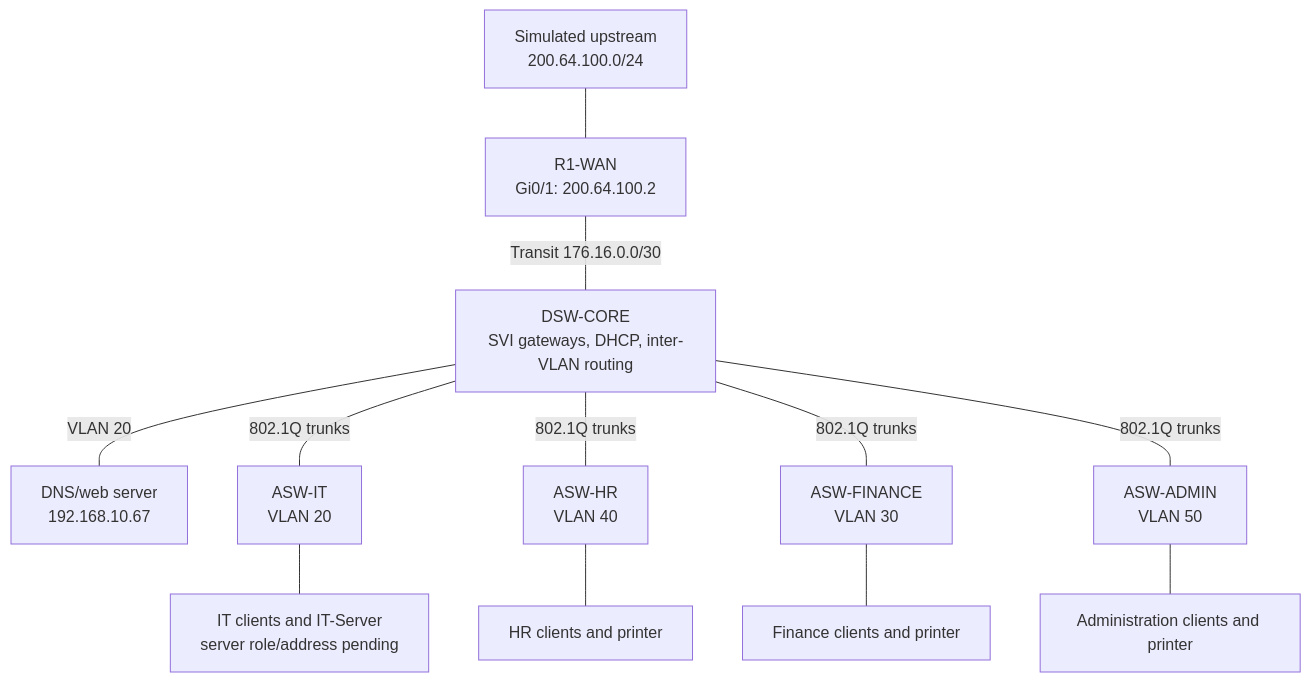
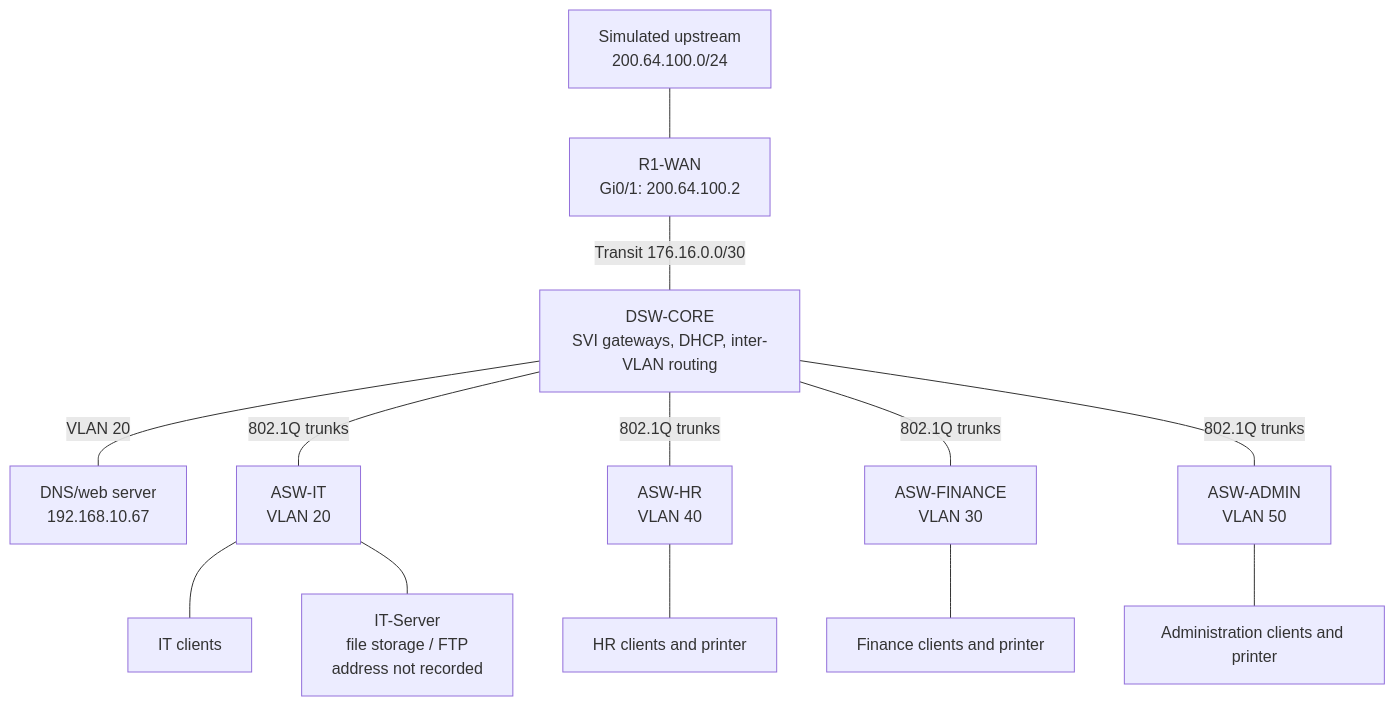
Before and after one commit to 1Feycode/Abyssinia-Enterprise-Network: the diagram in README.md, drawn with Mermaid. The commit also changed other lines of this file and 6 other files, not shown here.

````diff
--- a/README.md
+++ b/README.md
@@ -28,14 +28,15 @@
 ```mermaid
 flowchart TB
     UP["Simulated upstream<br/>200.64.100.0/24"] --- R1["R1-WAN<br/>Gi0/1: 200.64.100.2"]
     R1 ---|"Transit 176.16.0.0/30"| CORE["DSW-CORE<br/>SVI gateways, DHCP, inter-VLAN routing"]
     CORE ---|"VLAN 20"| DNS["DNS/web server<br/>192.168.10.67"]
     CORE ---|"802.1Q trunks"| IT["ASW-IT<br/>VLAN 20"]
     CORE ---|"802.1Q trunks"| HR["ASW-HR<br/>VLAN 40"]
     CORE ---|"802.1Q trunks"| FIN["ASW-FINANCE<br/>VLAN 30"]
     CORE ---|"802.1Q trunks"| ADMIN["ASW-ADMIN<br/>VLAN 50"]
-    IT --- ITPC["IT clients and IT-Server<br/>server role/address pending"]
+    IT --- ITPC["IT clients"]
+    IT --- FTP["IT-Server<br/>file storage / FTP<br/>address not recorded"]
     HR --- HRPC["HR clients and printer"]
     FIN --- FINPC["Finance clients and printer"]
     ADMIN --- ADMINPC["Administration clients and printer"]
 ```
````
